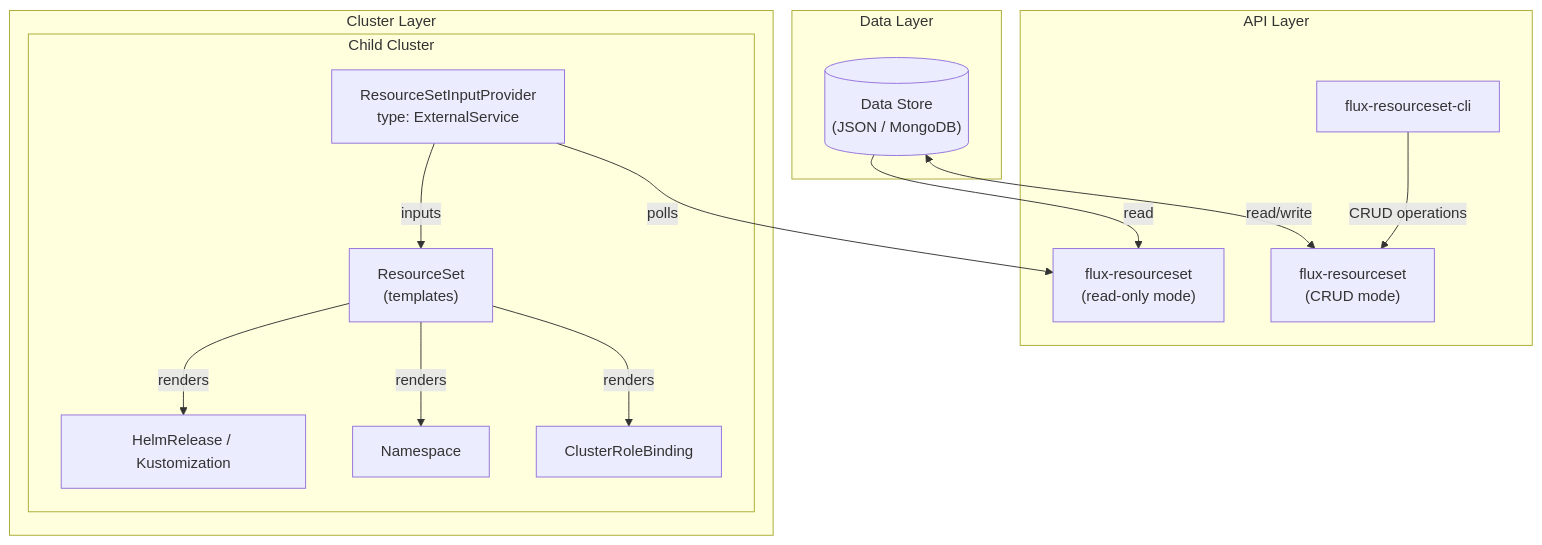
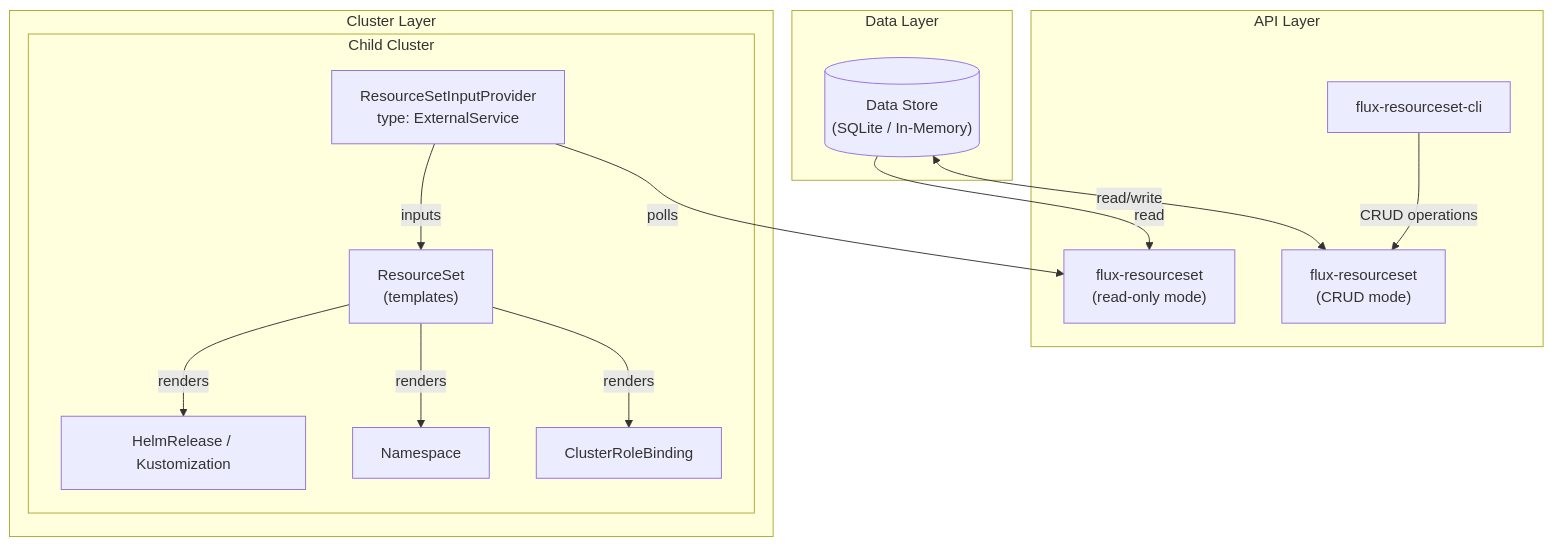
One commit to dgunzy/flux-resourceset changed the first of 3 diagrams in docs/src/architecture.md. Above: the diagram before and after it, drawn with Mermaid. The commit also changed other lines of this file and 10 other files, not shown here.

````diff
--- a/docs/src/architecture.md
+++ b/docs/src/architecture.md
@@ -7,31 +7,31 @@
 ```mermaid
 graph TB
     subgraph "Data Layer"
-        DB[("Data Store<br/>(JSON / MongoDB)")]
+        DB[("Data Store<br/>(SQLite / In-Memory)")]
     end
 
     subgraph "API Layer"
         READ["flux-resourceset<br/>(read-only mode)"]
         CRUD["flux-resourceset<br/>(CRUD mode)"]
         CLI["flux-resourceset-cli"]
     end
 
     subgraph "Cluster Layer"
         subgraph "Child Cluster"
             RSIP["ResourceSetInputProvider<br/>type: ExternalService"]
             RS["ResourceSet<br/>(templates)"]
             HR["HelmRelease / Kustomization"]
             NS["Namespace"]
             RB["ClusterRoleBinding"]
         end
     end
 
     DB -->|"read"| READ
     DB <-->|"read/write"| CRUD
     CLI -->|"CRUD operations"| CRUD
     RSIP -->|"polls"| READ
     RSIP -->|"inputs"| RS
     RS -->|"renders"| HR
     RS -->|"renders"| NS
     RS -->|"renders"| RB
 ```
````
